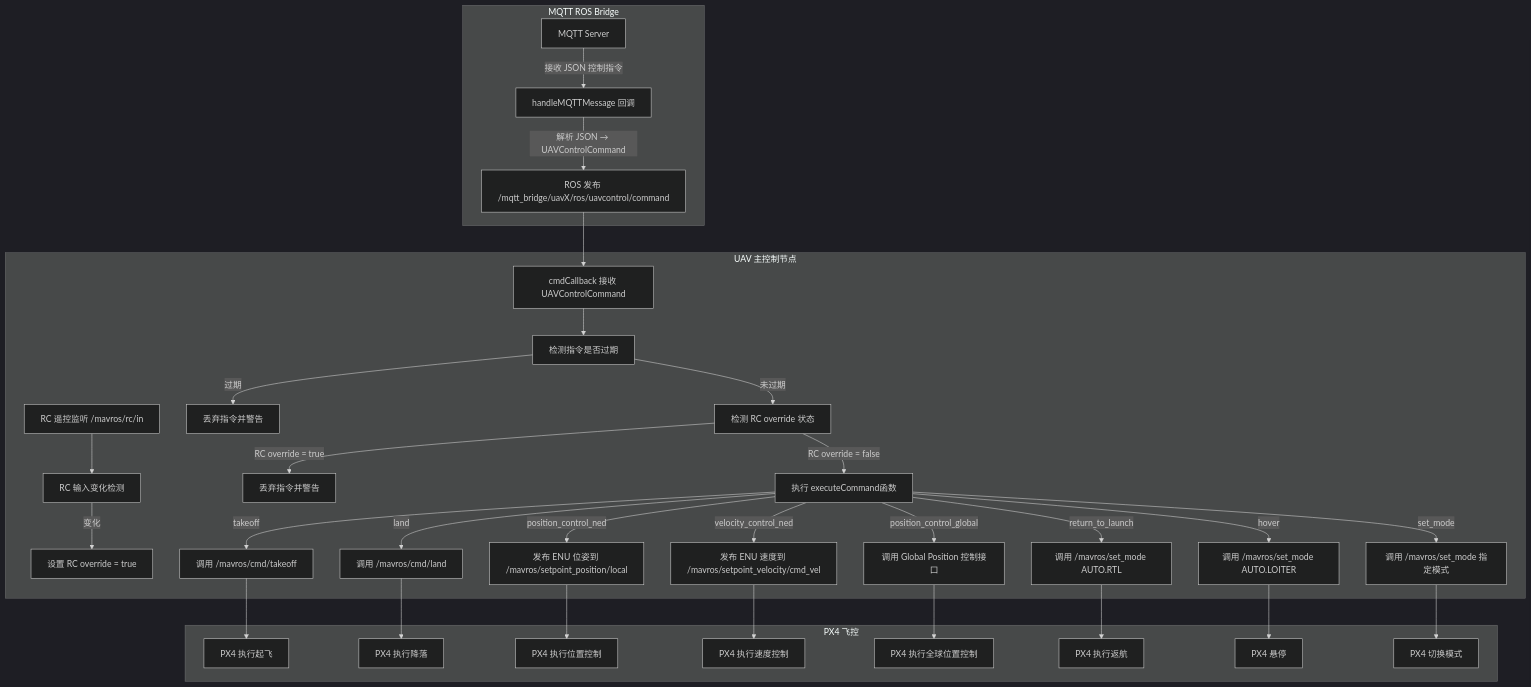
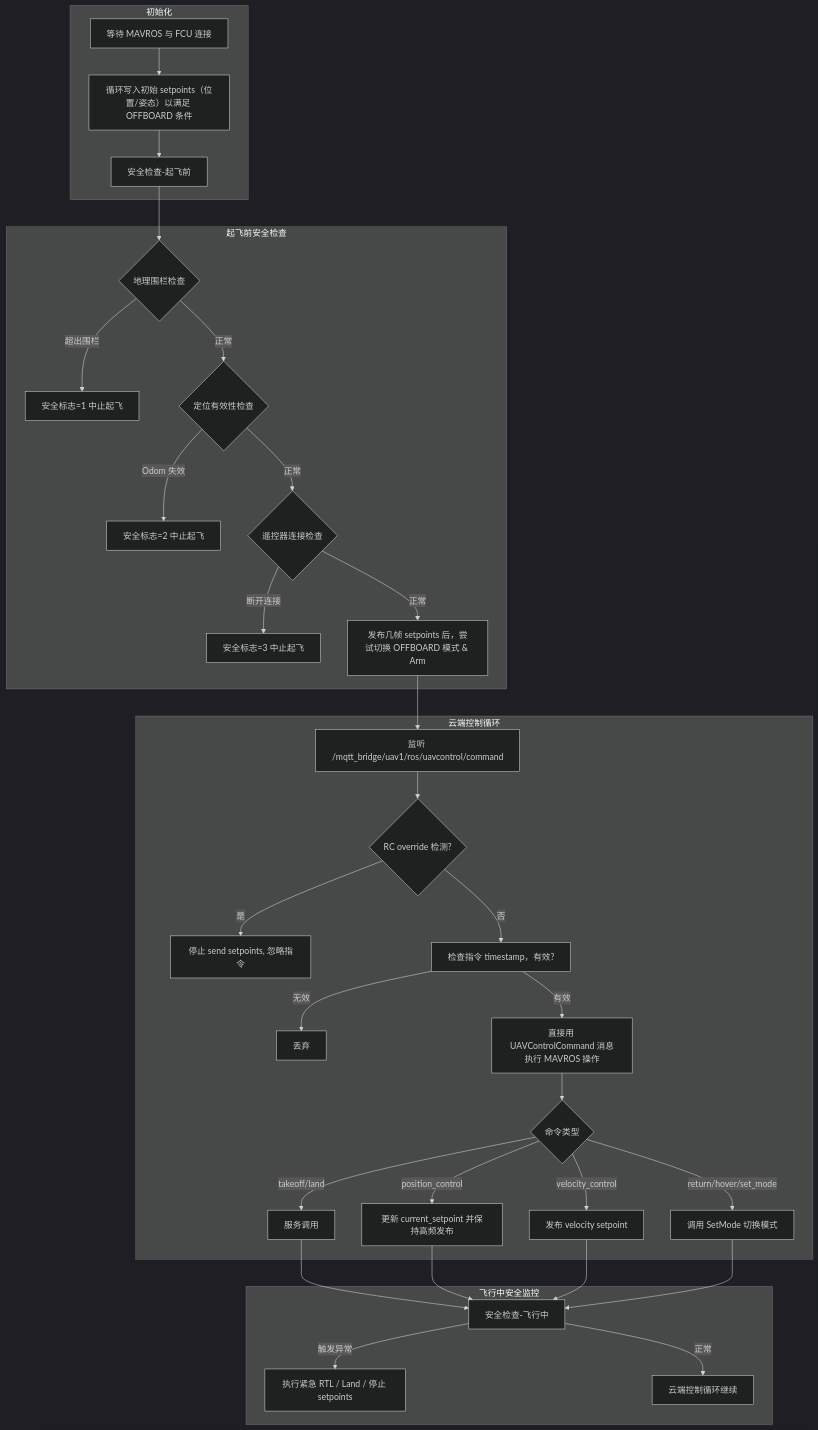
Before and after one commit to goushengbuchiyao/UAV: the diagram in src/uav_control/config/uav_control.md, drawn with Mermaid (dark theme). The commit also changed 726 other files, not shown here.

Commit message:
mqtt-control

````diff
--- a/src/uav_control/config/uav_control.md
+++ b/src/uav_control/config/uav_control.md
@@ -1,41 +1,40 @@
 ```mermaid
 flowchart TD
-    subgraph MQTT ROS Bridge
-        A1[MQTT Server] -->|接收 JSON 控制指令| A2[handleMQTTMessage 回调]
-        A2 -->|解析 JSON → UAVControlCommand| A3[ROS 发布 /mqtt_bridge/uavX/ros/uavcontrol/command]
+    subgraph 初始化
+      A1[等待 MAVROS 与 FCU 连接] --> A2[循环写入初始 setpoints（位置/姿态）以满足 OFFBOARD 条件]
+      A2 --> A3[安全检查-起飞前]
     end
 
-    subgraph UAV 主控制节点
-        A3 --> B1[cmdCallback 接收 UAVControlCommand]
-
-        B2[RC 遥控监听 /mavros/rc/in] --> B3[RC 输入变化检测]
-        B3 -->|变化| B4[设置 RC override = true]
-
-        B1 --> C1[检测指令是否过期]
-        C1 -->|过期| C2[丢弃指令并警告]
-
-        C1 -->|未过期| C3[检测 RC override 状态]
-        C3 -->|RC override = true| C4[丢弃指令并警告]
-        C3 -->|RC override = false| C5[执行 executeCommand函数]
-
-        C5 -->|takeoff| D1[调用 /mavros/cmd/takeoff]
-        C5 -->|land| D2[调用 /mavros/cmd/land]
-        C5 -->|position_control_ned| D3[发布 ENU 位姿到 /mavros/setpoint_position/local]
-        C5 -->|velocity_control_ned| D4[发布 ENU 速度到 /mavros/setpoint_velocity/cmd_vel]
-        C5 -->|position_control_global| D5[调用 Global Position 控制接口]
-        C5 -->|return_to_launch| D6[调用 /mavros/set_mode AUTO.RTL]
-        C5 -->|hover| D7[调用 /mavros/set_mode AUTO.LOITER]
-        C5 -->|set_mode| D8[调用 /mavros/set_mode 指定模式]
+    subgraph 起飞前安全检查
+      A3 --> C1{地理围栏检查}
+      C1 -- 超出围栏 --> F1[安全标志=1 中止起飞]
+      C1 -- 正常 --> C2{定位有效性检查}
+      C2 -- Odom 失效 --> F2[安全标志=2 中止起飞]
+      C2 -- 正常 --> C3{遥控器连接检查}
+      C3 -- 断开连接 --> F3[安全标志=3 中止起飞]
+      C3 -- 正常 --> A4[发布几帧 setpoints 后，尝试切换 OFFBOARD 模式 & Arm]
     end
 
-    subgraph PX4 飞控
-        D1 --> E1[PX4 执行起飞]
-        D2 --> E2[PX4 执行降落]
-        D3 --> E3[PX4 执行位置控制]
-        D4 --> E4[PX4 执行速度控制]
-        D5 --> E5[PX4 执行全球位置控制]
-        D6 --> E6[PX4 执行返航]
-        D7 --> E7[PX4 悬停]
-        D8 --> E8[PX4 切换模式]
+    subgraph 云端控制循环
+      A4 --> B1[监听 /mqtt_bridge/uav1/ros/uavcontrol/command]
+      B1 --> B2{RC override 检测?}
+      B2 -- 是 --> B3[停止 send setpoints, 忽略指令]
+      B2 -- 否 --> B4[检查指令 timestamp，有效?]
+      B4 -- 无效 --> B5[丢弃]
+      B4 -- 有效 --> B6[直接用 UAVControlCommand 消息执行 MAVROS 操作]
+      B6 --> B7{命令类型}
+      B7 -- takeoff/land --> C4[服务调用]
+      B7 -- position_control --> C5[更新 current_setpoint 并保持高频发布]
+      B7 -- velocity_control --> C6[发布 velocity setpoint]
+      B7 -- return/hover/set_mode --> C7[调用 SetMode 切换模式]
+    end
+
+    subgraph 飞行中安全监控
+      C4 --> E1[安全检查-飞行中]
+      C5 --> E1
+      C6 --> E1
+      C7 --> E1
+      E1 -- 触发异常 --> E2[执行紧急 RTL / Land / 停止 setpoints]
+      E1 -- 正常 --> 云端控制循环继续
     end
 ```
````
